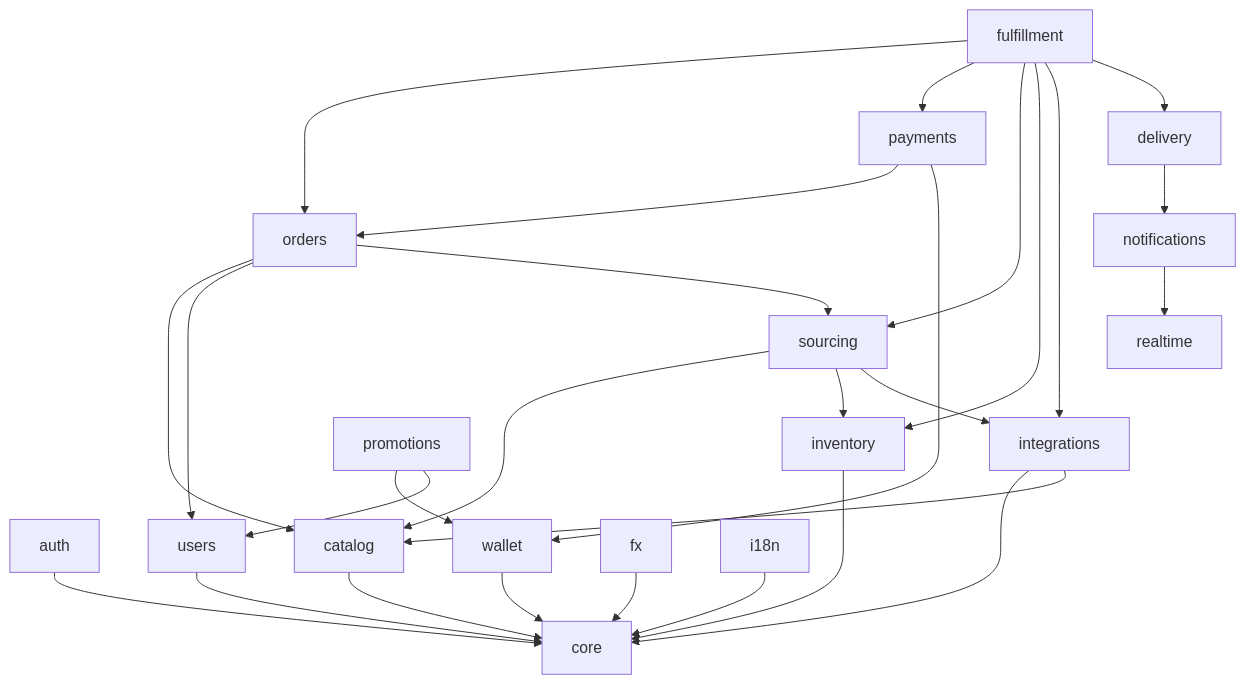
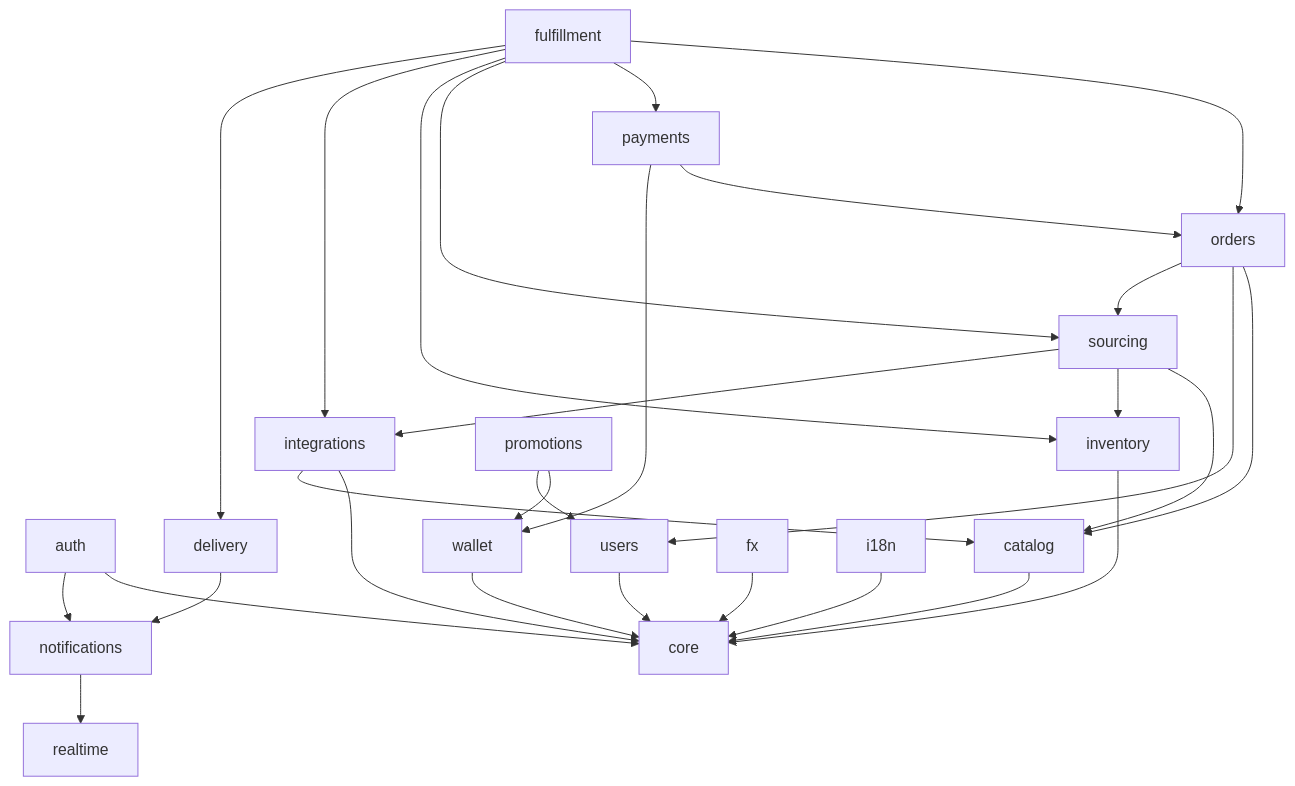
Before and after one commit to jamaomonov/yupay: the diagram in docs/architecture/module-map.md, drawn with Mermaid. The commit also changed other lines of this file and 5 other files, not shown here.

Commit message:
docs: ADRs + module-map + cache-keys + sequence diagrams for web accounts

````diff
--- a/docs/architecture/module-map.md
+++ b/docs/architecture/module-map.md
@@ -30,30 +30,31 @@
 ```mermaid
 flowchart TB
     auth --> core
+    auth --> notifications
     users --> core
     catalog --> core
     inventory --> core
     integrations --> core
     integrations --> catalog
     sourcing --> catalog
     sourcing --> inventory
     sourcing --> integrations
     orders --> catalog
     orders --> users
     orders --> sourcing
     payments --> orders
     payments --> wallet
     wallet --> core
     promotions --> wallet
     promotions --> users
     fulfillment --> orders
     fulfillment --> payments
     fulfillment --> sourcing
     fulfillment --> inventory
     fulfillment --> integrations
     fulfillment --> delivery
     delivery --> notifications
     notifications --> realtime
     fx --> core
     i18n --> core
 ```
````
